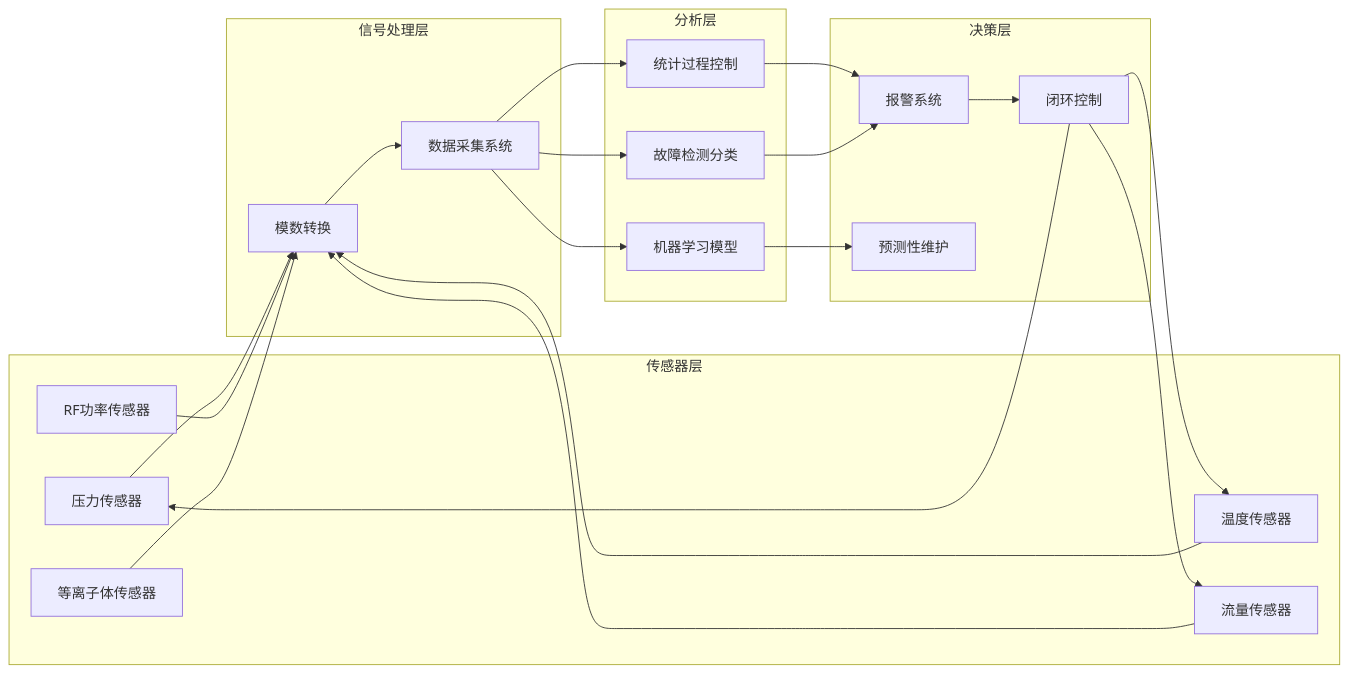
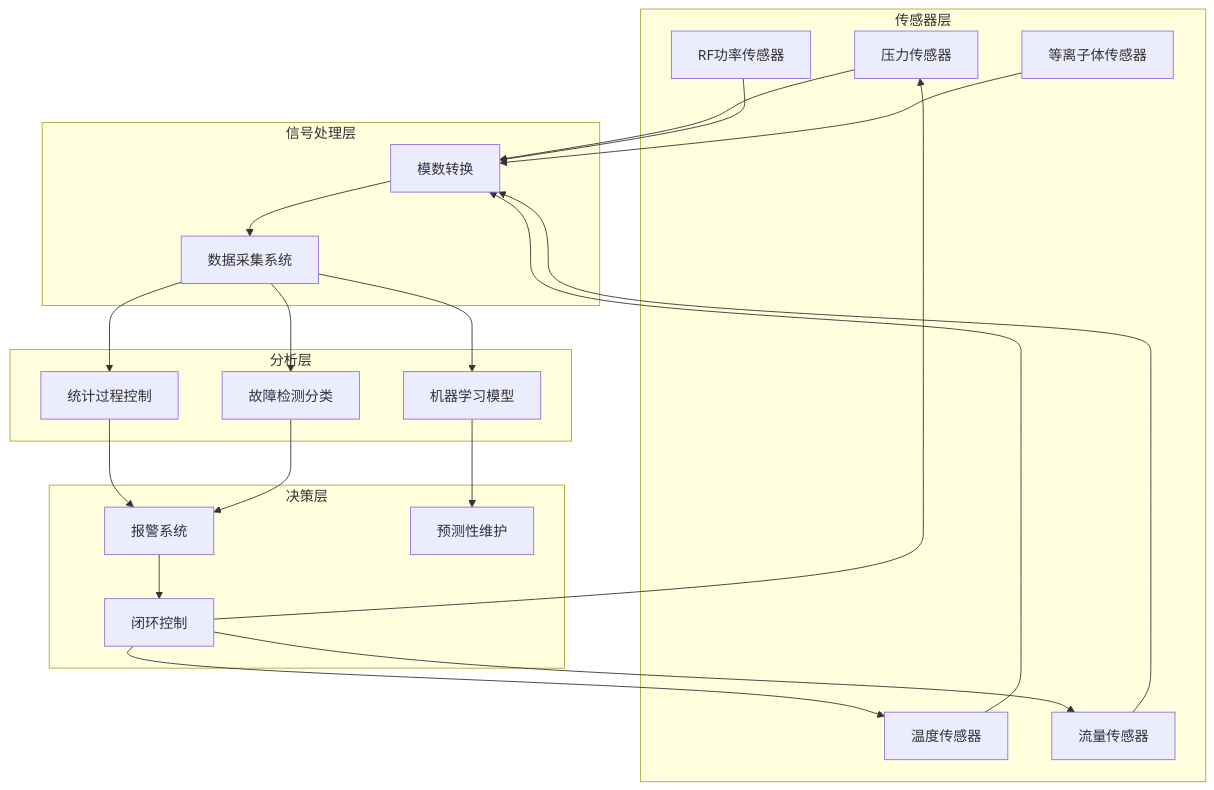
The diagram in source/chapters/04-sensors/04-00-intro.rst (pty819/semiconductor-etching-sphinx), drawn with Mermaid before and after one commit. The commit also changed other lines of this file, not shown here.

```diff
--- a/source/chapters/04-sensors/04-00-intro.rst
+++ b/source/chapters/04-sensors/04-00-intro.rst
@@ -16,47 +75,47 @@
 .. mermaid::
 
-   graph LR
+   graph TB
        subgraph 传感器层
            P1[压力传感器]
            P2[温度传感器]
            P3[流量传感器]
            P4[RF功率传感器]
            P5[等离子体传感器]
        end
        
        subgraph 信号处理层
            ADC[模数转换]
            DAQ[数据采集系统]
        end
        
        subgraph 分析层
            SPC[统计过程控制]
            FDC[故障检测分类]
            ML[机器学习模型]
        end
        
        subgraph 决策层
            Alarm[报警系统]
            Control[闭环控制]
            Maintenance[预测性维护]
        end
        
        P1 --> ADC
        P2 --> ADC
        P3 --> ADC
        P4 --> ADC
        P5 --> ADC
        
        ADC --> DAQ
        DAQ --> SPC
        DAQ --> FDC
        DAQ --> ML
        
        SPC --> Alarm
        FDC --> Alarm
        ML --> Maintenance
        
        Alarm --> Control
        Control --> P1
        Control --> P2
        Control --> P3
```
